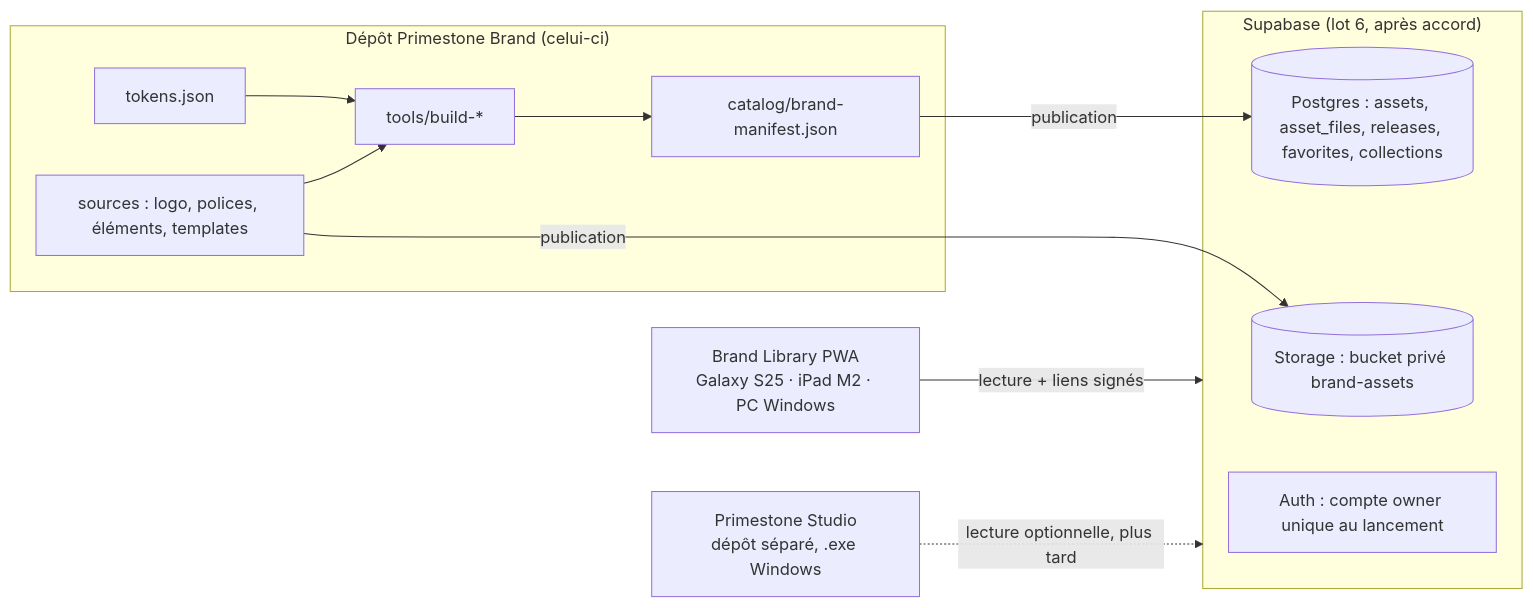
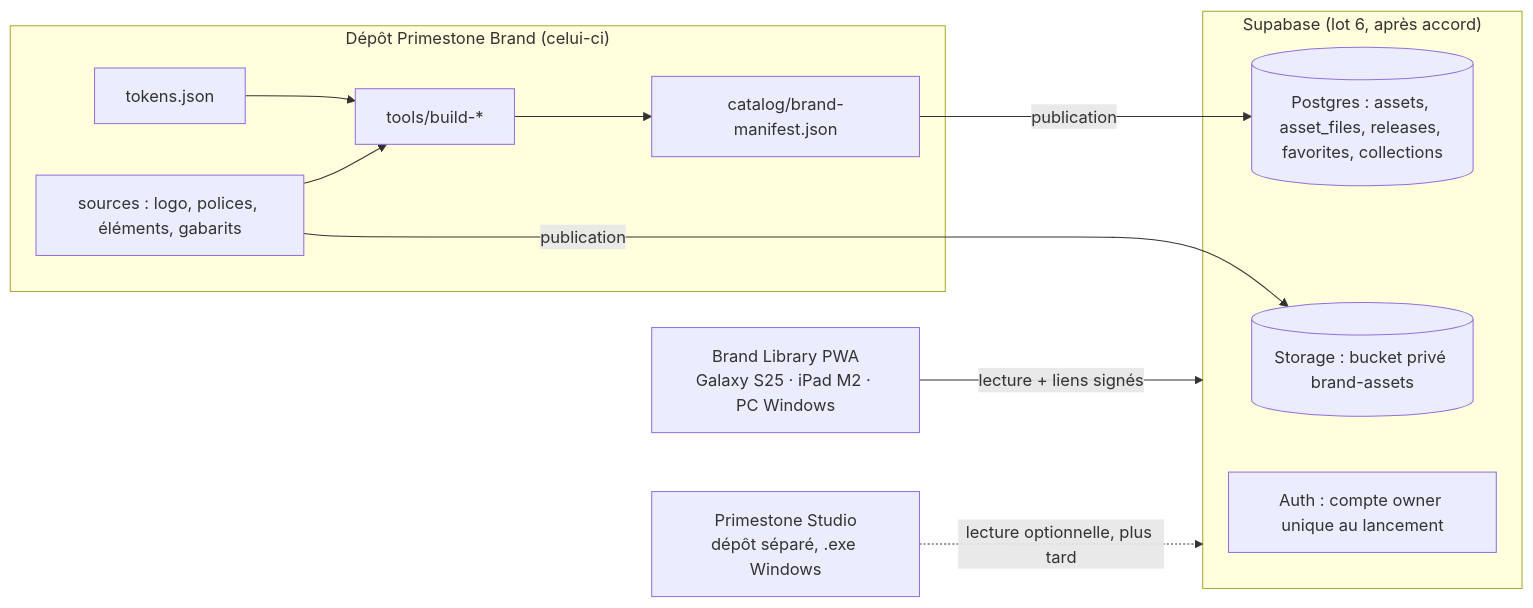
One commit to lukecage2003/DA-PRIME changed the diagram in docs/ARCHITECTURE.md. Above: the diagram before and after it, drawn with Mermaid. The commit also changed other lines of this file and 52 other files, not shown here.

````diff
--- a/docs/ARCHITECTURE.md
+++ b/docs/ARCHITECTURE.md
@@ -5,17 +5,17 @@
 ```mermaid
 flowchart LR
   subgraph BRAND["Dépôt Primestone Brand (celui-ci)"]
     T[tokens.json] --> B[tools/build-*]
-    S[sources : logo, polices, éléments, templates] --> B
+    S[sources : logo, polices, éléments, gabarits] --> B
     B --> M[catalog/brand-manifest.json]
   end
   subgraph SUPA["Supabase (lot 6, après accord)"]
     ST[(Storage : bucket privé brand-assets)]
     DB[(Postgres : assets, asset_files, releases, favorites, collections)]
     AU[Auth : compte owner unique au lancement]
   end
   M -- publication --> DB
   S -- publication --> ST
   PWA[Brand Library PWA<br/>Galaxy S25 · iPad M2 · PC Windows] -- lecture + liens signés --> SUPA
   STUDIO[Primestone Studio<br/>dépôt séparé, .exe Windows] -. lecture optionnelle, plus tard .-> SUPA
 ```
````
